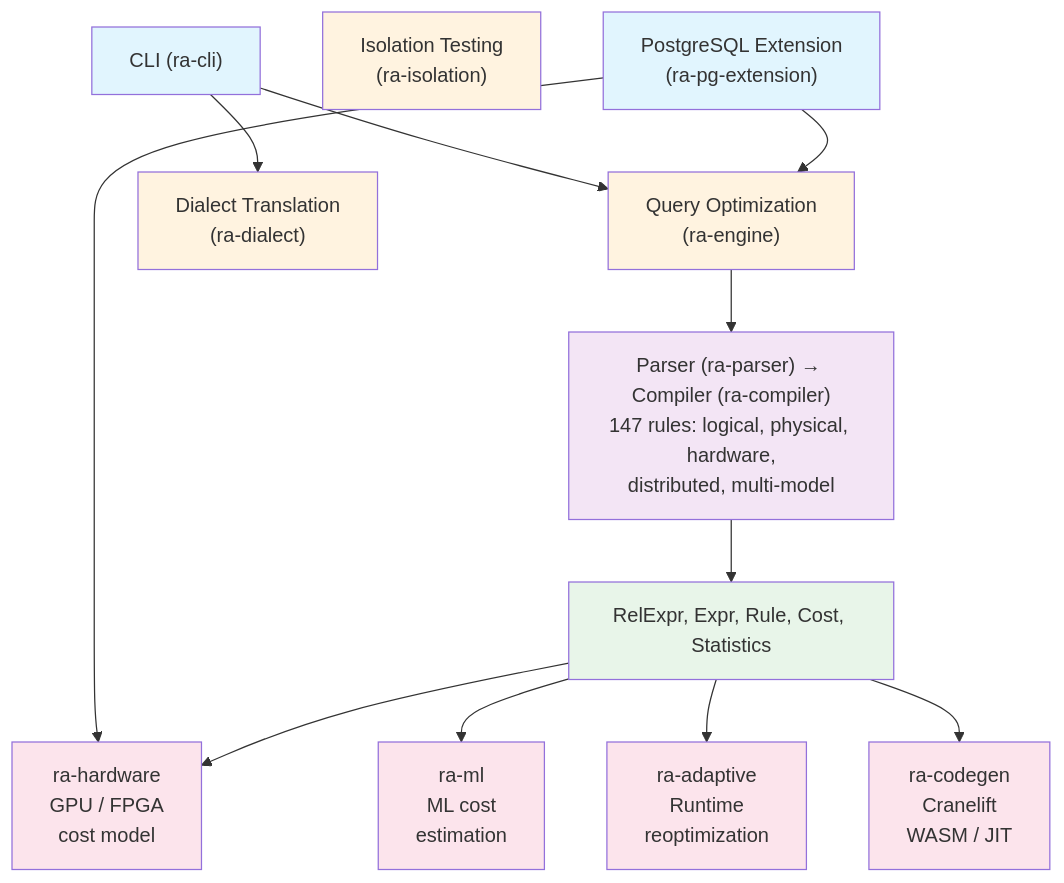
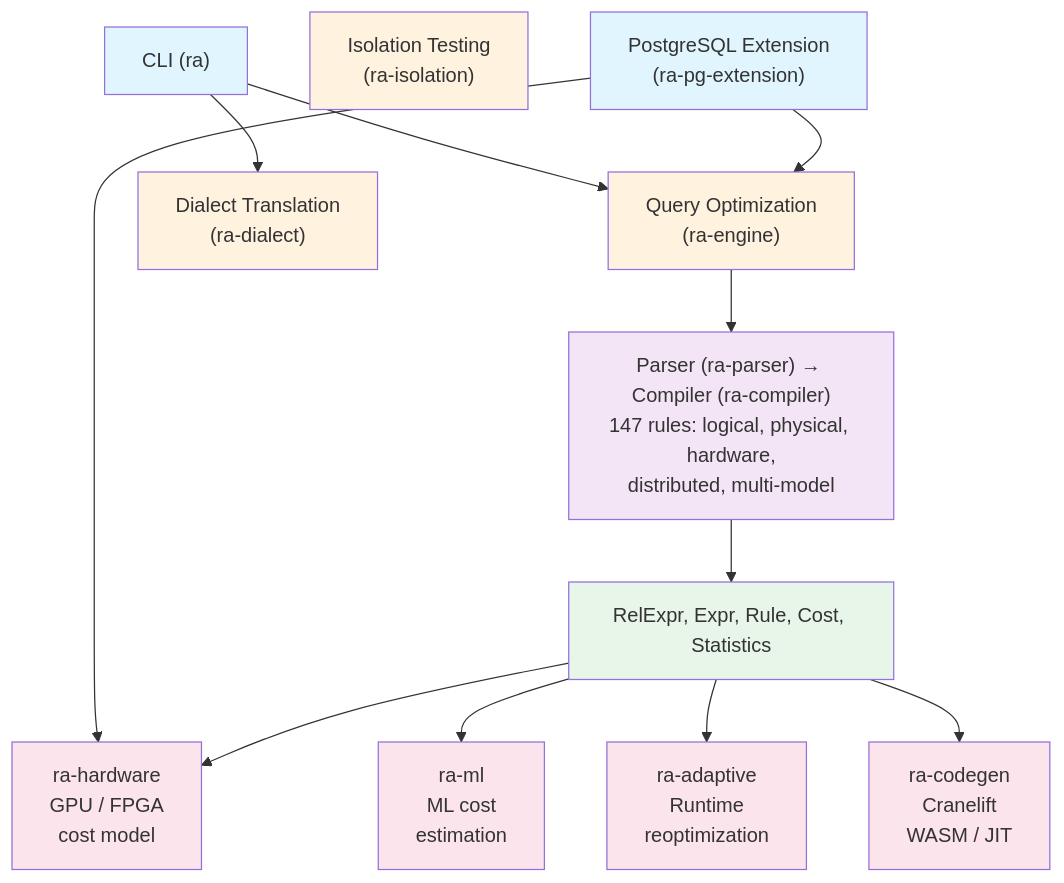
The first of 7 diagrams in docs/features/platform-architecture.md (gburd/ra), drawn with Mermaid before and after one commit. The commit also changed other lines of this file and 40 other files, not shown here.

````diff
--- a/docs/features/platform-architecture.md
+++ b/docs/features/platform-architecture.md
@@ -13,42 +13,42 @@
 ```mermaid
 graph TD
-    CLI["CLI (ra-cli)"]
+    CLI["CLI (ra)"]
 
     Engine["Query Optimization<br/>(ra-engine)"]
     Dialect["Dialect Translation<br/>(ra-dialect)"]
     Isolation["Isolation Testing<br/>(ra-isolation)"]
 
     PipelineDesc["Parser (ra-parser) → Compiler (ra-compiler)<br/>147 rules: logical, physical, hardware,<br/>distributed, multi-model"]
 
     CoreDesc["RelExpr, Expr, Rule, Cost, Statistics"]
 
     HW["ra-hardware<br/>GPU / FPGA<br/>cost model"]
     ML["ra-ml<br/>ML cost<br/>estimation"]
     Adapt["ra-adaptive<br/>Runtime<br/>reoptimization"]
     Codegen["ra-codegen<br/>Cranelift<br/>WASM / JIT"]
 
     PGExt["PostgreSQL Extension<br/>(ra-pg-extension)"]
 
     CLI --> Engine
     CLI --> Dialect
     PGExt --> Engine
     PGExt --> HW
     Engine --> PipelineDesc
     PipelineDesc --> CoreDesc
     CoreDesc --> HW
     CoreDesc --> ML
     CoreDesc --> Adapt
     CoreDesc --> Codegen
 
     style CLI fill:#e1f5fe
     style PGExt fill:#e1f5fe
     style Engine fill:#fff3e0
     style Dialect fill:#fff3e0
     style Isolation fill:#fff3e0
     style PipelineDesc fill:#f3e5f5
     style CoreDesc fill:#e8f5e9
     style HW fill:#fce4ec
     style ML fill:#fce4ec
     style Adapt fill:#fce4ec
     style Codegen fill:#fce4ec
 ```
````
